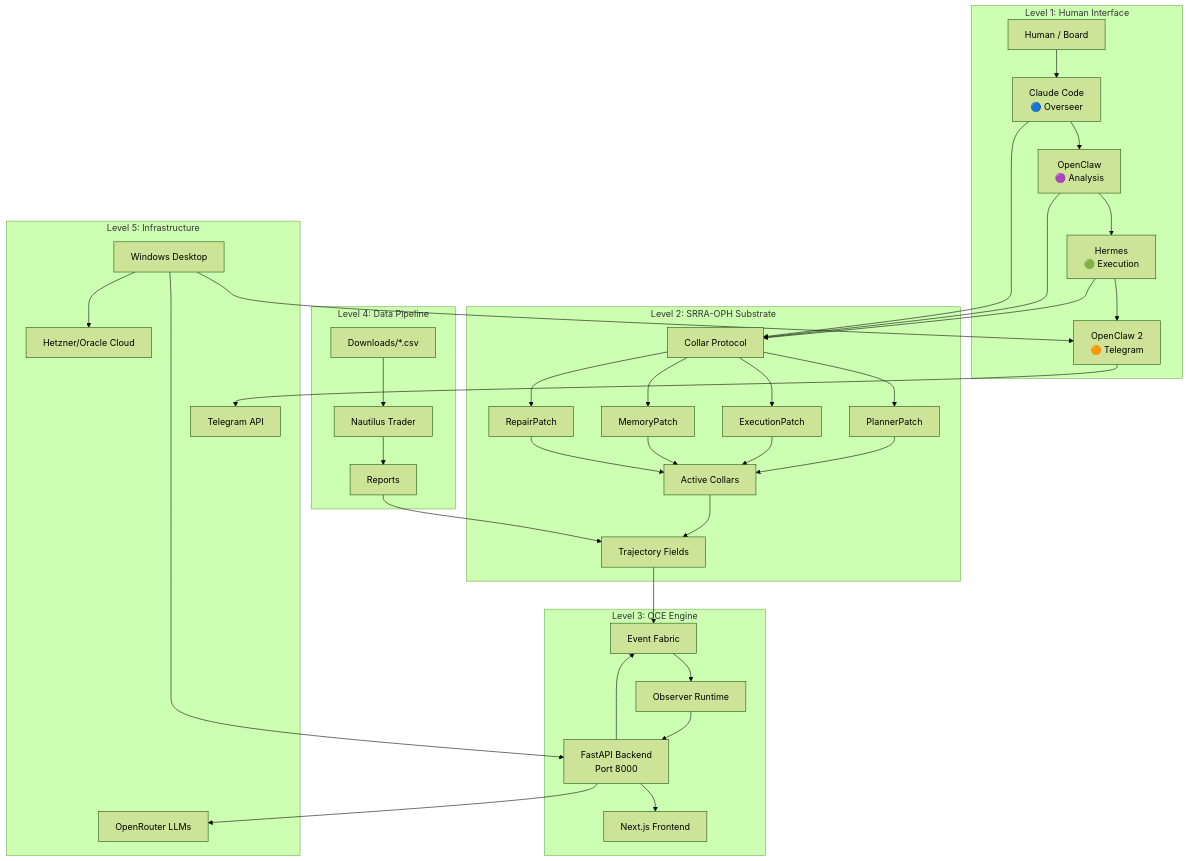
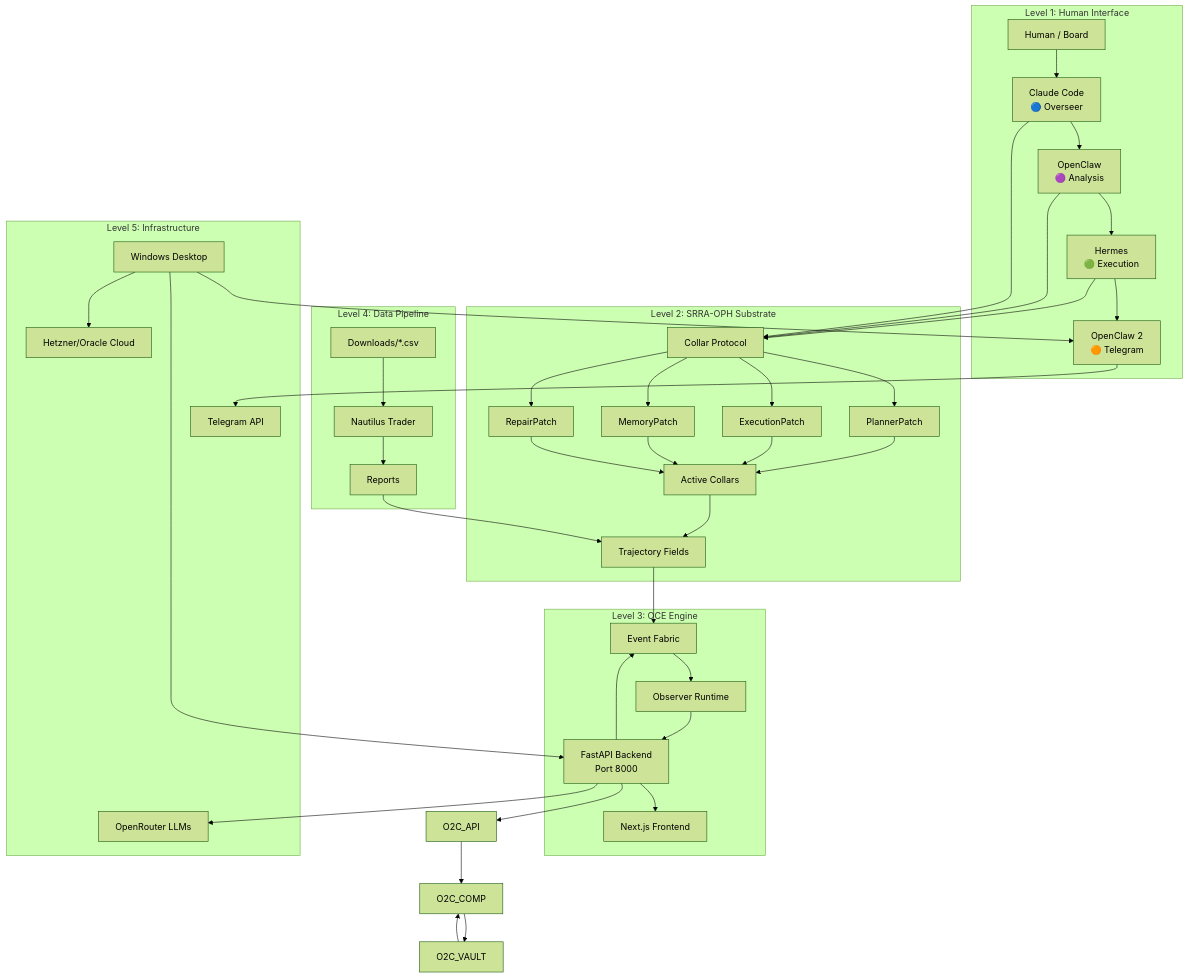
Before and after one commit to dabiggestpoppa/larger-lab: the first of 22 diagrams in CODEMAP.md, drawn with Mermaid (forest theme). The commit also changed other lines of this file and 32 other files, not shown here.

First line of the commit message:
CC2: Update architecture docs with O2C Phase 00 + Phase 01

````diff
--- a/CODEMAP.md
+++ b/CODEMAP.md
@@ -11,74 +11,78 @@
 ```mermaid
 graph TB
     subgraph "Level 1: Human Interface"
         H[Human / Board]
         CC[Claude Code<br/>🔵 Overseer]
         OC[OpenClaw<br/>🟣 Analysis]
         HR[Hermes<br/>🟢 Execution]
         OC2[OpenClaw 2<br/>🟠 Telegram]
     end
 
     subgraph "Level 2: SRRA-OPH Substrate"
         C1[Collar Protocol]
         PP[PlannerPatch]
         EP[ExecutionPatch]
         MP[MemoryPatch]
         RP[RepairPatch]
         AC[Active Collars]
         TF[Trajectory Fields]
     end
 
     subgraph "Level 3: OCE Engine"
         API[FastAPI Backend<br/>Port 8000]
         EF[Event Fabric]
         OR[Observer Runtime]
         UI[Next.js Frontend]
     end
 
     subgraph "Level 4: Data Pipeline"
         CSV[Downloads/*.csv]
         NT[Nautilus Trader]
         REPORTS[Reports]
     end
 
     subgraph "Level 5: Infrastructure"
         WIN[Windows Desktop]
         CLOUD[Hetzner/Oracle Cloud]
         TG[Telegram API]
         OPENROUTER[OpenRouter LLMs]
     end
 
     H --> CC
     CC --> OC
     OC --> HR
     HR --> OC2
     OC2 --> TG
 
     CC --> C1
     OC --> C1
     HR --> C1
     C1 --> PP
     C1 --> EP
     C1 --> MP
     C1 --> RP
     PP --> AC
     EP --> AC
     MP --> AC
     RP --> AC
     AC --> TF
 
     TF --> EF
     EF --> OR
     OR --> API
     API --> UI
     API --> EF
+    API --> O2C_API
+    O2C_API --> O2C_COMP
+    O2C_COMP --> O2C_VAULT
+    O2C_VAULT --> O2C_COMP
 
     CSV --> NT
     NT --> REPORTS
     REPORTS --> TF
 
     WIN --> OC2
     WIN --> API
     API --> OPENROUTER
     WIN --> CLOUD
 ```
````
